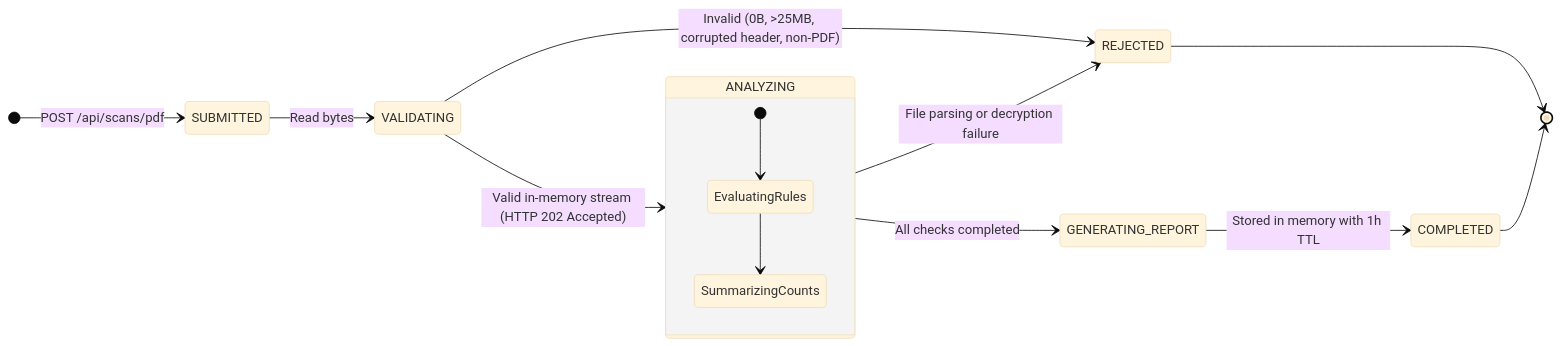
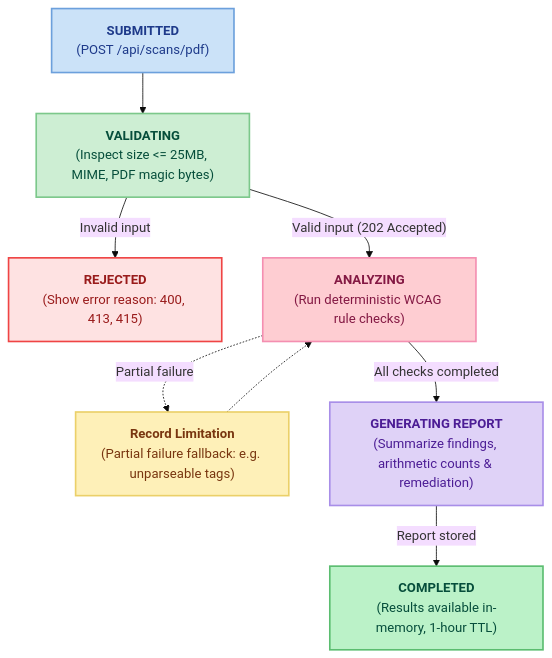
One commit to ibrahimdiallo8741/ada-pdf-accessibility-checker changed the diagram in docs/diagrams/scan_state_model.mmd. Above: the diagram before and after it, drawn with Mermaid (base theme).

Commit message:
update mmd

```diff
--- a/docs/diagrams/scan_state_model.mmd
+++ b/docs/diagrams/scan_state_model.mmd
@@ -1,30 +1,33 @@
-stateDiagram-v2
-    direction LR
+flowchart TD
+    Submitted["<b>SUBMITTED</b><br/>(POST /api/scans/pdf)"]
+    Validating["<b>VALIDATING</b><br/>(Inspect size <= 25MB, MIME, PDF magic bytes)"]
+    Rejected["<b>REJECTED</b><br/>(Show error reason: 400, 413, 415)"]
+    Analyzing["<b>ANALYZING</b><br/>(Run deterministic WCAG rule checks)"]
+    PartialFail["<b>Record Limitation</b><br/>(Partial failure fallback: e.g. unparseable tags)"]
+    GenReport["<b>GENERATING REPORT</b><br/>(Summarize findings, arithmetic counts & remediation)"]
+    Completed["<b>COMPLETED</b><br/>(Results available in-memory, 1-hour TTL)"]
 
-    [*] --> SUBMITTED: POST /api/scans/pdf
-    SUBMITTED --> VALIDATING: Read bytes
+    Submitted --> Validating
+    Validating -->|"Invalid input"| Rejected
+    Validating -->|"Valid input (202 Accepted)"| Analyzing
+    Analyzing -.->|"Partial failure"| PartialFail
+    PartialFail -.-> Analyzing
+    Analyzing -->|"All checks completed"| GenReport
+    GenReport -->|"Report stored"| Completed
 
-    VALIDATING --> REJECTED: Invalid (0B, >25MB, corrupted header, non-PDF)
-    VALIDATING --> ANALYZING: Valid in-memory stream (HTTP 202 Accepted)
+    %% Styling classes matching architecture_diagram.mmd and scan_workflow.mmd conventions
+    classDef actorStyle fill:#cbe2f8,stroke:#6ca0dc,stroke-width:2px,color:#1e3a8a;
+    classDef validationStyle fill:#cdeed3,stroke:#7cc88b,stroke-width:2px,color:#064e3b;
+    classDef analysisStyle fill:#fecdd2,stroke:#f48fb1,stroke-width:2px,color:#831843;
+    classDef findingStyle fill:#fef0b8,stroke:#ebd069,stroke-width:2px,color:#78350f;
+    classDef apiStyle fill:#dfd2f7,stroke:#a88ee8,stroke-width:2px,color:#4c1d95;
+    classDef storageStyle fill:#bbf2c8,stroke:#5bbd70,stroke-width:2px,color:#064e3b;
+    classDef errorStyle fill:#fee2e2,stroke:#ef4444,stroke-width:2px,color:#991b1b;
 
-    state ANALYZING {
-        [*] --> EvaluatingRules
-        EvaluatingRules --> SummarizingCounts
-    }
-
-    ANALYZING --> REJECTED: File parsing or decryption failure
-    ANALYZING --> GENERATING_REPORT: All checks completed
-    GENERATING_REPORT --> COMPLETED: Stored in memory with 1h TTL
-
-    COMPLETED --> [*]
-    REJECTED --> [*]
-
-    classDef submitted fill:#dbeafe,stroke:#3b82f6,color:#1e3a8a;
-    classDef active fill:#e0e7ff,stroke:#6366f1,color:#312e81;
-    classDef success fill:#dcfce7,stroke:#22c55e,color:#14532d;
-    classDef fail fill:#fee2e2,stroke:#ef4444,color:#991b1b;
-
-    class SUBMITTED submitted;
-    class VALIDATING,ANALYZING,GENERATING_REPORT active;
-    class COMPLETED success;
-    class REJECTED fail;
+    class Submitted actorStyle;
+    class Validating validationStyle;
+    class Analyzing analysisStyle;
+    class Rejected errorStyle;
+    class PartialFail findingStyle;
+    class GenReport apiStyle;
+    class Completed storageStyle;
```
